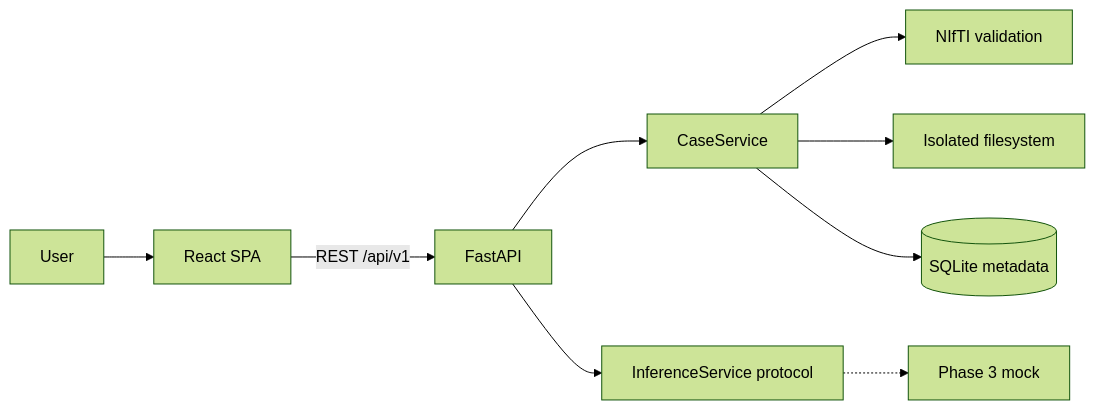
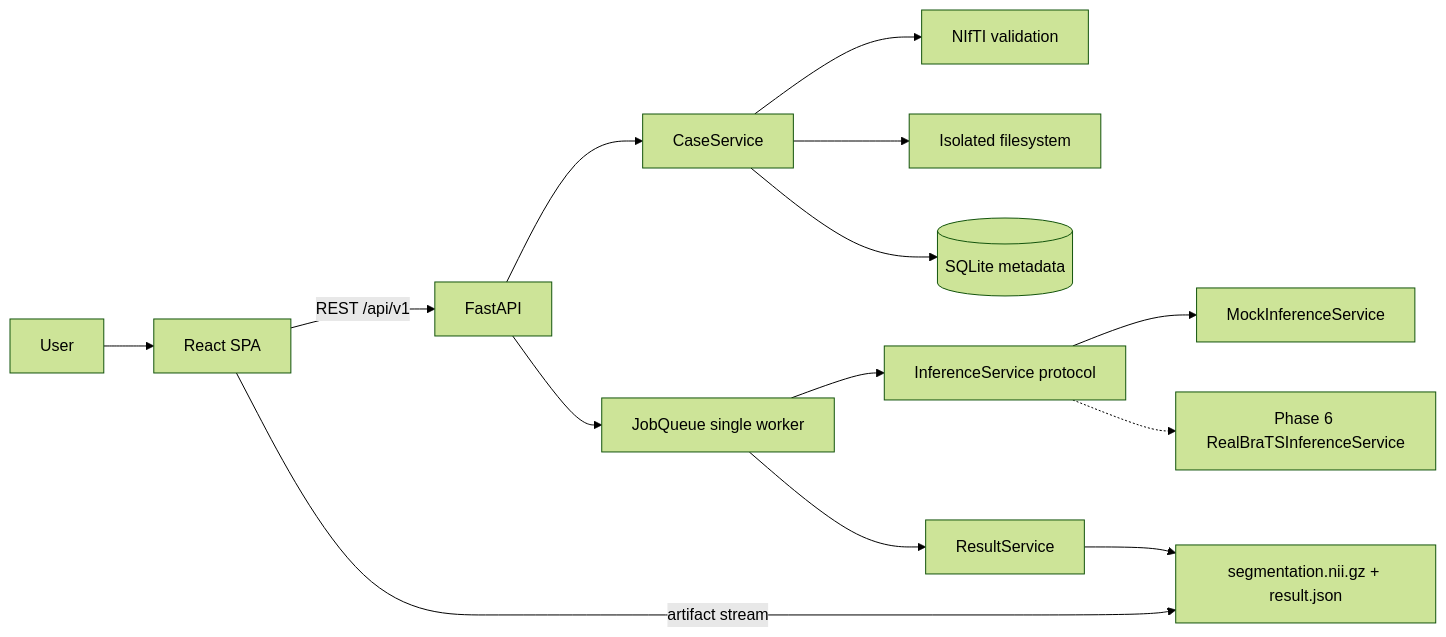
Before and after one commit to JAGADISHSUNILPEDNEKAR/Medical_Tumor_Segmentation-Tumor_Detection: the diagram in ARCHITECTURE.md, drawn with Mermaid (forest theme). The commit also changed other lines of this file and 1 other file, not shown here.

First line of the commit message:
docs: correct README and ARCHITECTURE to match the shipped code

````diff
--- a/ARCHITECTURE.md
+++ b/ARCHITECTURE.md
@@ -9,11 +13,16 @@
 ```mermaid
 flowchart LR
     User[User] --> FE[React SPA]
     FE -->|REST /api/v1| BE[FastAPI]
     BE --> Cases[CaseService]
     Cases --> Val[NIfTI validation]
     Cases --> Store[Isolated filesystem]
     Cases --> DB[(SQLite metadata)]
-    BE --> Inf[InferenceService protocol]
-    Inf -.-> Mock[Phase 3 mock]
+    BE --> Queue[JobQueue single worker]
+    Queue --> Inf[InferenceService protocol]
+    Inf --> Mock[MockInferenceService]
+    Inf -.-> Real[Phase 6 RealBraTSInferenceService]
+    Queue --> Res[ResultService]
+    Res --> Artifacts[segmentation.nii.gz + result.json]
+    FE -->|artifact stream| Artifacts
 ```
````
